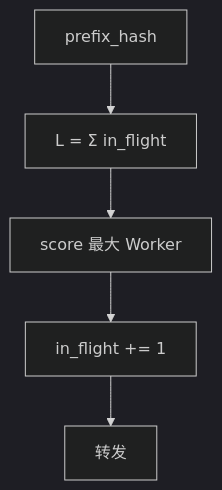
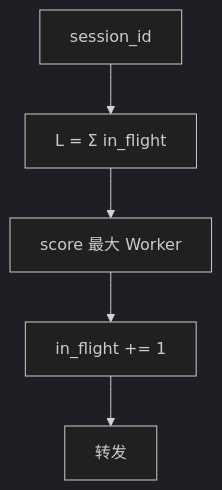
Before and after one commit to heckletbot/document: the fourth of 12 diagrams in reasoning-lb-router-design.md, drawn with Mermaid (dark theme). The commit also changed other lines of this file, not shown here.

````diff
--- a/reasoning-lb-router-design.md
+++ b/reasoning-lb-router-design.md
@@ -156,7 +284,7 @@
 ```mermaid
 flowchart TD
-    H["prefix_hash"] --> L["L = Σ in_flight"]
+    S0["session_id"] --> L["L = Σ in_flight"]
     L --> S["score 最大 Worker"]
     S --> Inc["in_flight += 1"]
     Inc --> Fwd["转发"]
 ```
````
